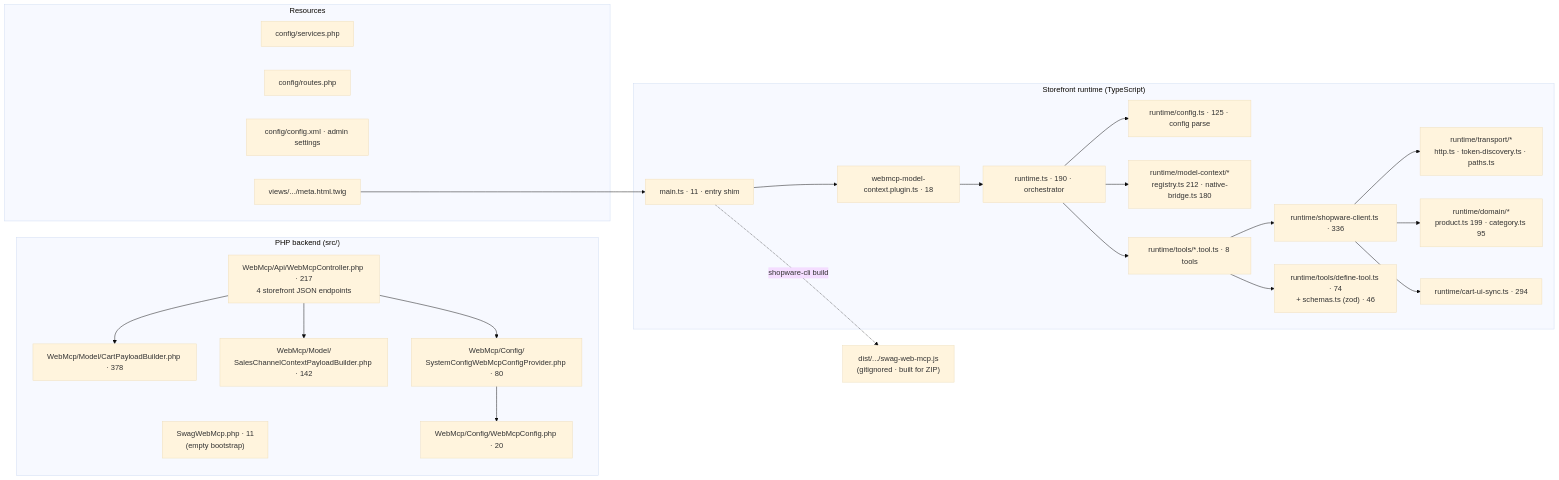
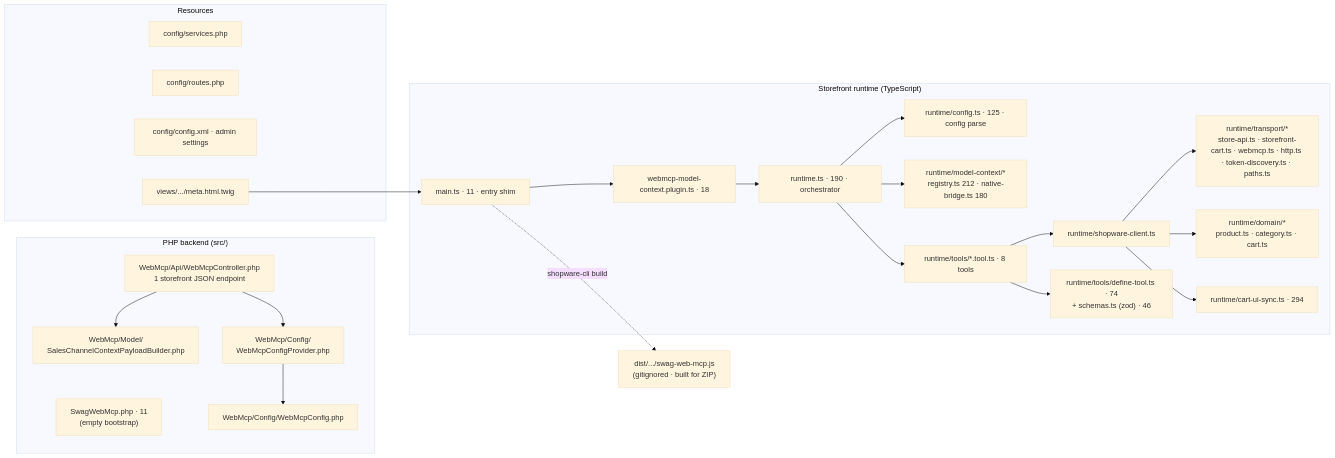
The second of 5 diagrams in docs/Architecture.md (agentic-commerce-lab/webmcp-plugin), drawn with Mermaid (base theme) before and after one commit. The commit also changed other lines of this file and 5 other files, not shown here.

First line of the commit message:
Document the session-based cart and why not the Store API

````diff
--- a/docs/Architecture.md
+++ b/docs/Architecture.md
@@ -74,49 +72,47 @@
 ```mermaid
 graph LR
     subgraph PHP["PHP backend (src/)"]
         Boot["SwagWebMcp.php · 11<br/>(empty bootstrap)"]
-        Ctrl["WebMcp/Api/WebMcpController.php · 217<br/>4 storefront JSON endpoints"]
-        CfgP["WebMcp/Config/<br/>SystemConfigWebMcpConfigProvider.php · 80"]
-        CfgDTO["WebMcp/Config/WebMcpConfig.php · 20"]
-        Cart["WebMcp/Model/CartPayloadBuilder.php · 378"]
-        Scc["WebMcp/Model/<br/>SalesChannelContextPayloadBuilder.php · 142"]
+        Ctrl["WebMcp/Api/WebMcpController.php<br/>1 storefront JSON endpoint"]
+        CfgP["WebMcp/Config/<br/>WebMcpConfigProvider.php"]
+        CfgDTO["WebMcp/Config/WebMcpConfig.php"]
+        Scc["WebMcp/Model/<br/>SalesChannelContextPayloadBuilder.php"]
     end
 
     subgraph Res["Resources"]
         Services["config/services.php"]
         Routes["config/routes.php"]
         Xml["config/config.xml · admin settings"]
         Meta["views/.../meta.html.twig"]
     end
 
     subgraph TS["Storefront runtime (TypeScript)"]
         Main["main.ts · 11 · entry shim"]
         Plug["webmcp-model-context.plugin.ts · 18"]
         RT["runtime.ts · 190 · orchestrator"]
         Cfg["runtime/config.ts · 125 · config parse"]
         MC["runtime/model-context/*<br/>registry.ts 212 · native-bridge.ts 180"]
-        Trans["runtime/transport/*<br/>http.ts · token-discovery.ts · paths.ts"]
-        Dom["runtime/domain/*<br/>product.ts 199 · category.ts 95"]
-        SWClient["runtime/shopware-client.ts · 336"]
+        Trans["runtime/transport/*<br/>store-api.ts · storefront-cart.ts · webmcp.ts · http.ts · token-discovery.ts · paths.ts"]
+        Dom["runtime/domain/*<br/>product.ts · category.ts · cart.ts"]
+        SWClient["runtime/shopware-client.ts"]
         Sync["runtime/cart-ui-sync.ts · 294"]
         Factory["runtime/tools/define-tool.ts · 74<br/>+ schemas.ts (zod) · 46"]
         Tools["runtime/tools/*.tool.ts · 8 tools"]
     end
 
     Dist["dist/.../swag-web-mcp.js<br/>(gitignored · built for ZIP)"]
 
     Meta --> Main --> Plug --> RT
     RT --> Cfg
     RT --> MC
     RT --> Tools
     Tools --> Factory
     Tools --> SWClient
     SWClient --> Trans
     SWClient --> Dom
     SWClient --> Sync
-    Ctrl --> Cart
     Ctrl --> Scc
     Ctrl --> CfgP
     CfgP --> CfgDTO
     Main -.->|shopware-cli build| Dist
 ```
````
